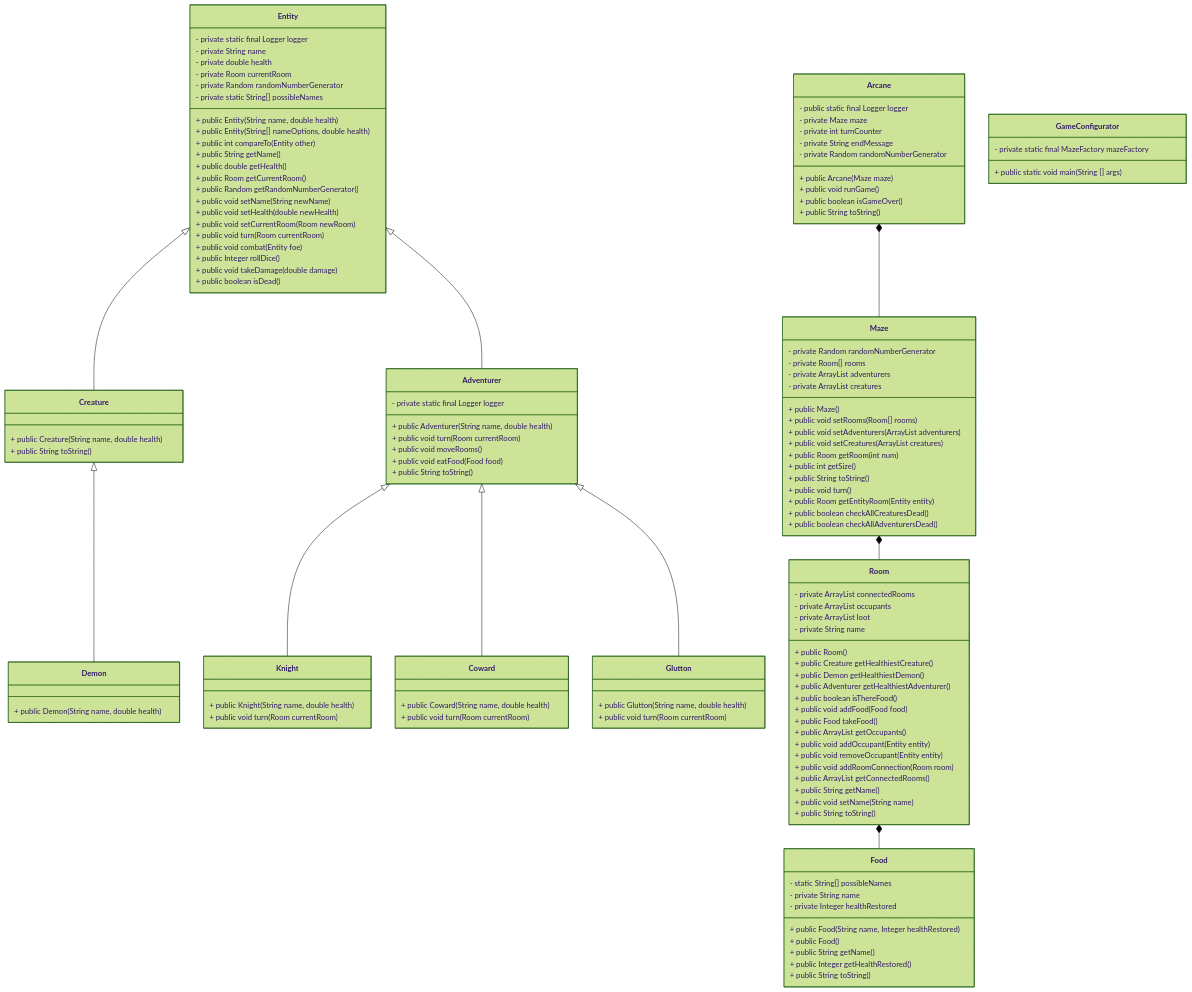
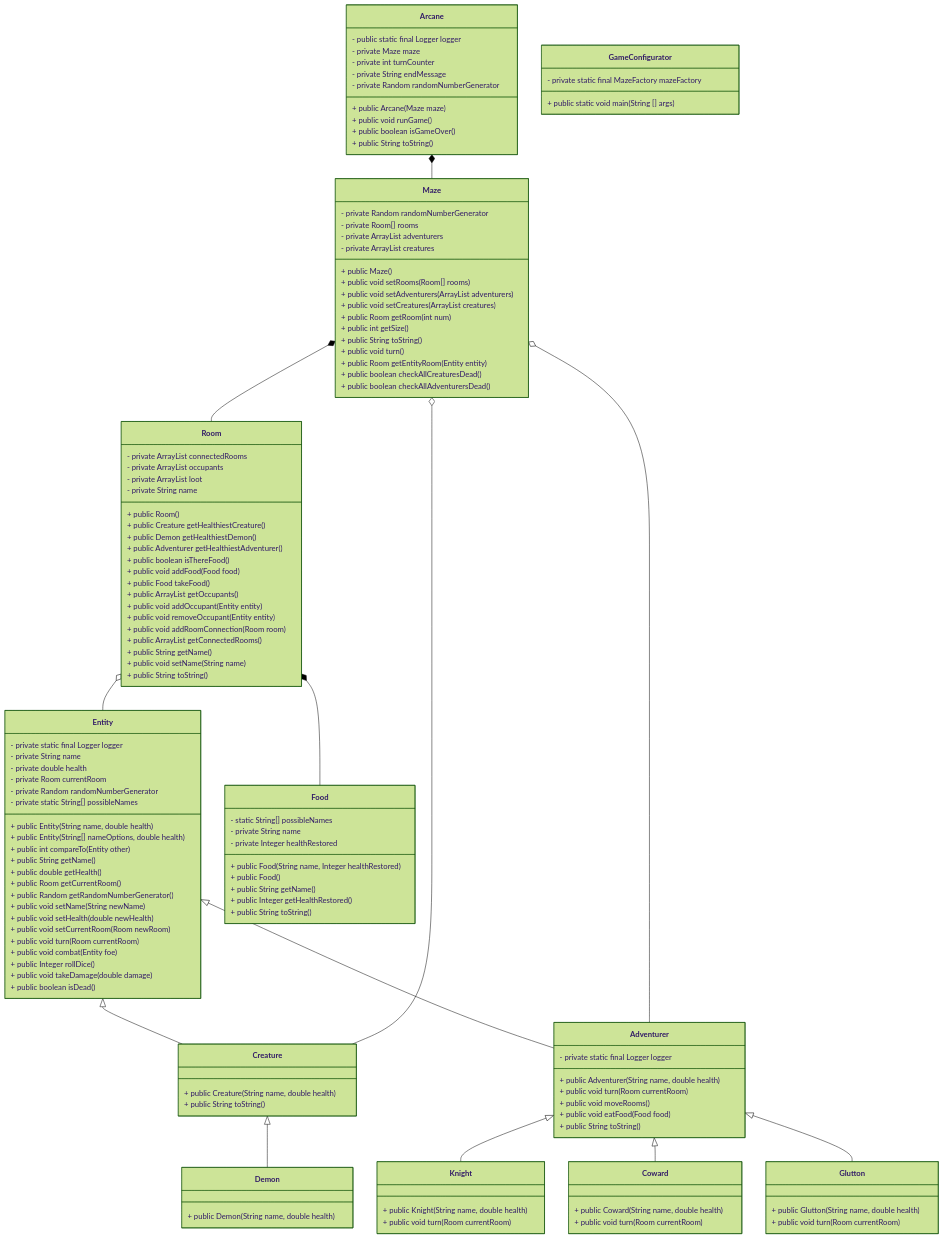
One commit to jonathancsci/csci4448-arcane-game changed the diagram in README.md. Above: the diagram before and after it, drawn with Mermaid (forest theme).

Commit message:
Added aggregation uml

````diff
--- a/README.md
+++ b/README.md
@@ -135,7 +135,13 @@
     Adventurer <|-- Coward
     Adventurer <|-- Glutton
     Creature <|-- Demon
+    
     Arcane *-- Maze
     Maze *-- Room
     Room *-- Food
+    
+    Maze o-- Adventurer
+    Maze o-- Creature
+    Room o-- Entity
+    
 ```
````
